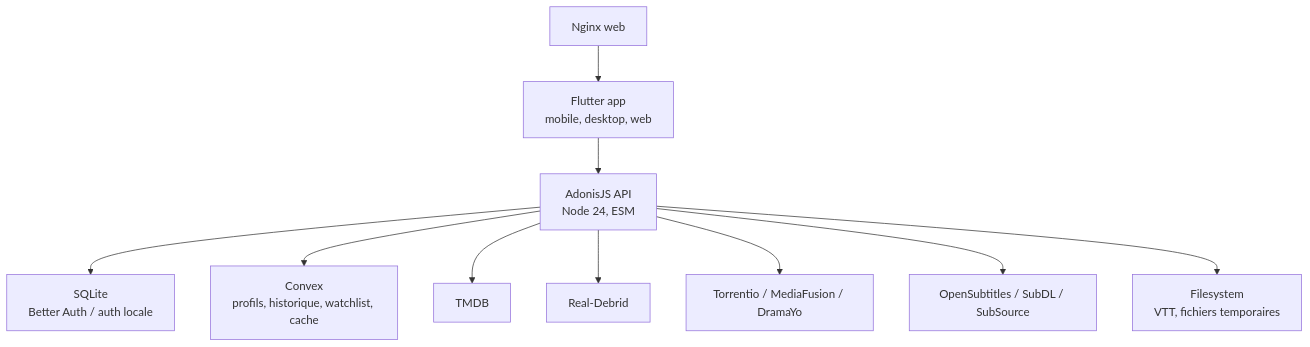
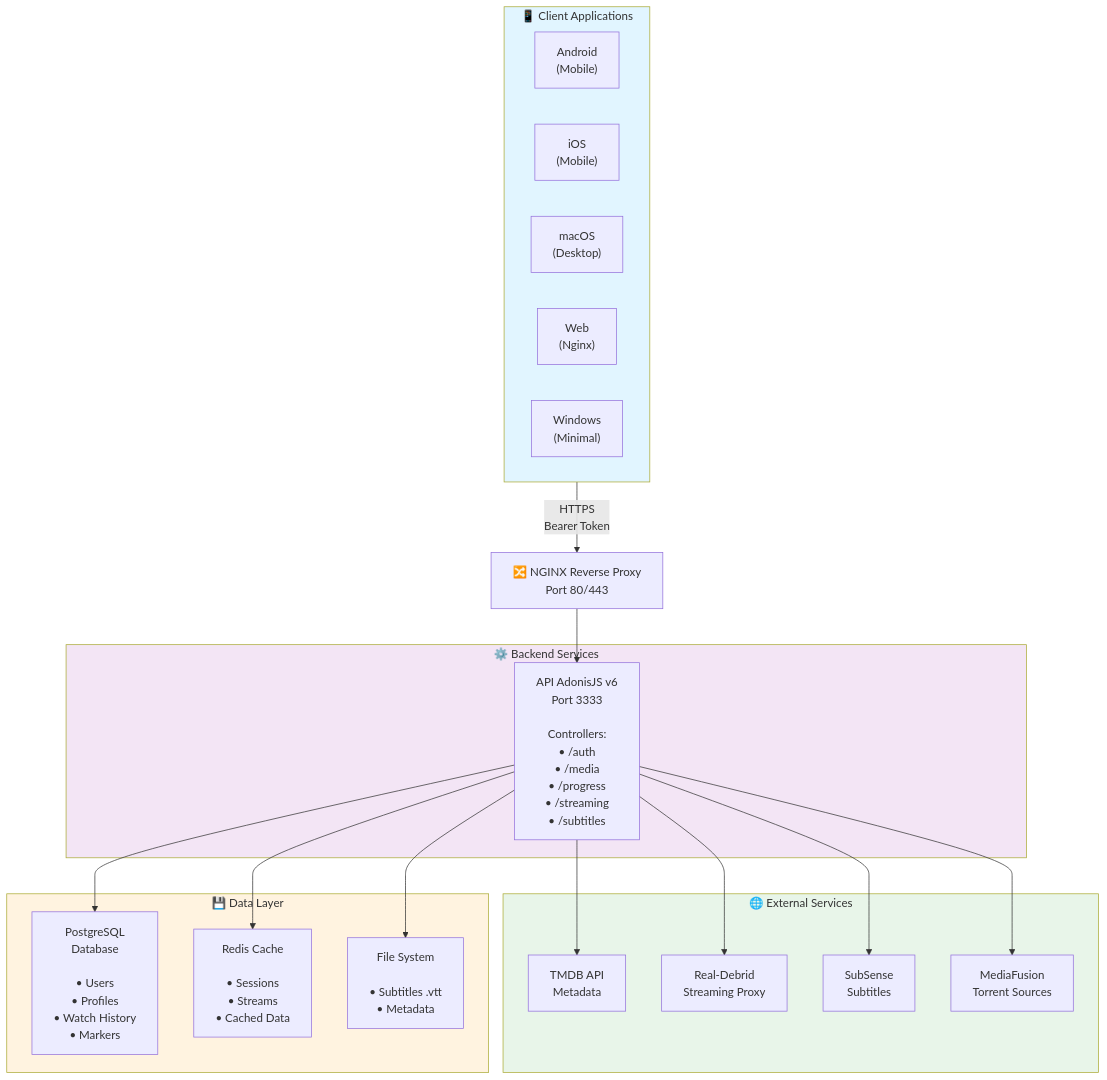
Before and after one commit to RasJojo/jojoflix: the first of 8 diagrams in README.md, drawn with Mermaid. The commit also changed other lines of this file and 124 other files, not shown here.

````diff
--- a/README.md
+++ b/README.md
@@ -19,23 +20,44 @@
 ```mermaid
 graph TB
-    app["Flutter app<br/>mobile, desktop, web"]
-    web["Nginx web"]
-    api["AdonisJS API<br/>Node 24, ESM"]
-    sqlite["SQLite<br/>Better Auth / auth locale"]
-    convex["Convex<br/>profils, historique, watchlist, cache"]
-    tmdb["TMDB"]
-    rd["Real-Debrid"]
-    providers["Torrentio / MediaFusion / DramaYo"]
-    subtitles["OpenSubtitles / SubDL / SubSource"]
-    fs["Filesystem<br/>VTT, fichiers temporaires"]
-
-    app --> api
-    web --> app
-    api --> sqlite
-    api --> convex
+    subgraph clients["📱 Client Applications"]
+        android["Android<br/>(Mobile)"]
+        ios["iOS<br/>(Mobile)"]
+        macos["macOS<br/>(Desktop)"]
+        web["Web<br/>(Nginx)"]
+        windows["Windows<br/>(Minimal)"]
+    end
+    
+    clients -->|"HTTPS<br/>Bearer Token"| nginx["🔀 NGINX Reverse Proxy<br/>Port 80/443"]
+    
+    subgraph backend["⚙️ Backend Services"]
+        api["API AdonisJS v6<br/>Port 3333<br/><br/>Controllers:<br/>• /auth<br/>• /media<br/>• /progress<br/>• /streaming<br/>• /subtitles"]
+    end
+    
+    subgraph external["🌐 External Services"]
+        tmdb["TMDB API<br/>Metadata"]
+        rd["Real-Debrid<br/>Streaming Proxy"]
+        subsense["SubSense<br/>Subtitles"]
+        mediafusion["MediaFusion<br/>Torrent Sources"]
+    end
+    
+    nginx --> api
     api --> tmdb
     api --> rd
-    api --> providers
-    api --> subtitles
-    api --> fs
+    api --> subsense
+    api --> mediafusion
+    
+    subgraph storage["💾 Data Layer"]
+        postgres["PostgreSQL<br/>Database<br/><br/>• Users<br/>• Profiles<br/>• Watch History<br/>• Markers"]
+        redis["Redis Cache<br/><br/>• Sessions<br/>• Streams<br/>• Cached Data"]
+        filesystem["File System<br/><br/>• Subtitles .vtt<br/>• Metadata"]
+    end
+    
+    api --> postgres
+    api --> redis
+    api --> filesystem
+    
+    style clients fill:#e1f5ff
+    style backend fill:#f3e5f5
+    style external fill:#e8f5e9
+    style storage fill:#fff3e0
 ```
````
